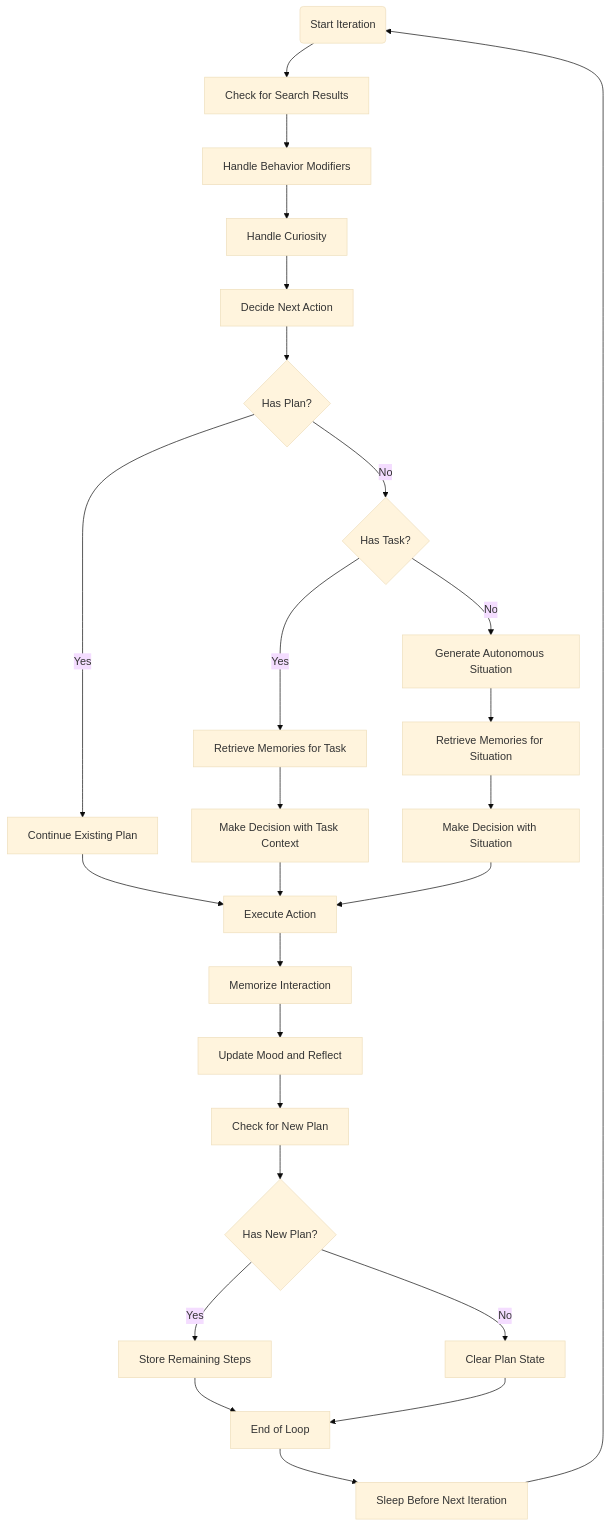
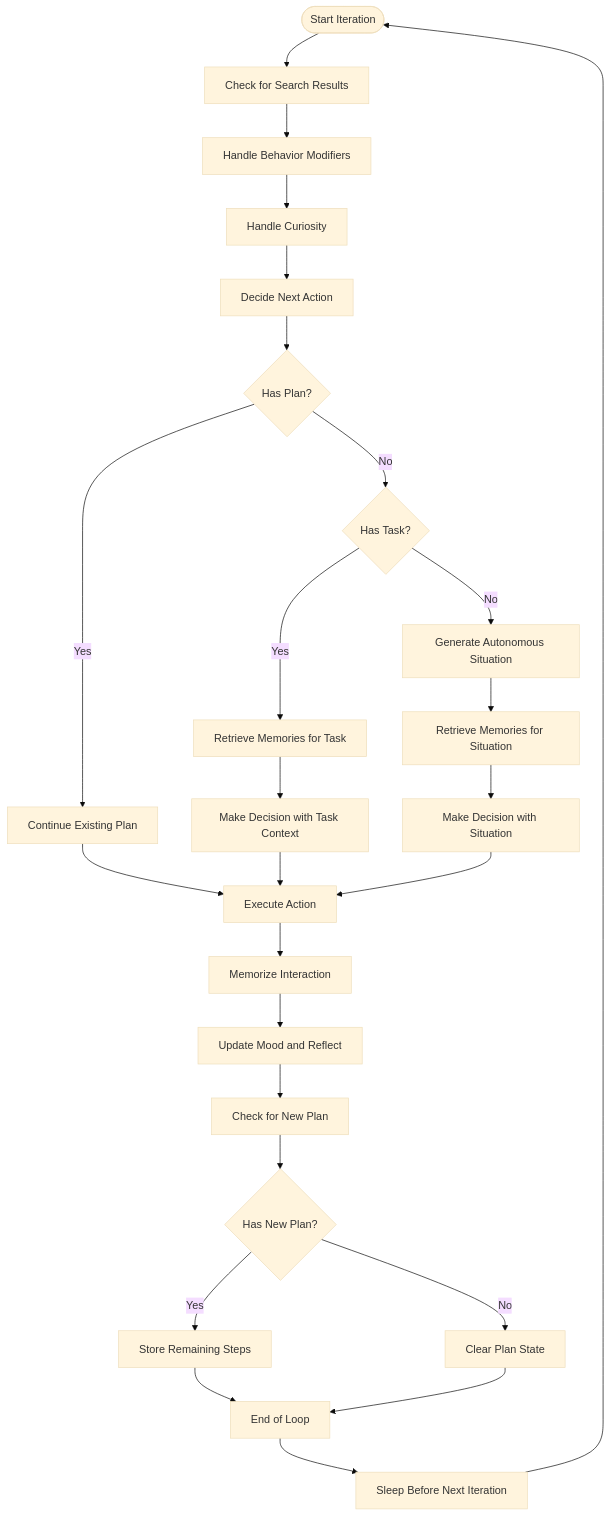
The fourth of 17 diagrams in docs/Core System/AGISystem Orchestration.md (Likhithsai2580/RAVANA-WIKI), drawn with Mermaid (base theme) before and after one commit. The commit also changed other lines of this file and 78 other files, not shown here.

````diff
--- a/docs/Core System/AGISystem Orchestration.md
+++ b/docs/Core System/AGISystem Orchestration.md
@@ -308,29 +305,28 @@
 ```mermaid
 flowchart TD
-Start("Start Iteration") --> CheckResults["Check for Search Results"]
+Start([Start Iteration]) --> CheckResults["Check for Search Results"]
 CheckResults --> HandleModifiers["Handle Behavior Modifiers"]
 HandleModifiers --> HandleCuriosity["Handle Curiosity"]
 HandleCuriosity --> DecideNext["Decide Next Action"]
 DecideNext --> HasPlan{Has Plan?}
 HasPlan --> |Yes| ContinuePlan["Continue Existing Plan"]
 HasPlan --> |No| HasTask{Has Task?}
 HasTask --> |Yes| RetrieveMemoriesTask["Retrieve Memories for Task"]
 HasTask --> |No| GenerateSituation["Generate Autonomous Situation"]
 RetrieveMemoriesTask --> MakeDecisionTask["Make Decision with Task Context"]
 GenerateSituation --> RetrieveMemoriesAuto["Retrieve Memories for Situation"]
 RetrieveMemoriesAuto --> MakeDecisionAuto["Make Decision with Situation"]
 ContinuePlan --> ExecuteAction["Execute Action"]
 MakeDecisionTask --> ExecuteAction
 MakeDecisionAuto --> ExecuteAction
 ExecuteAction --> Memorize["Memorize Interaction"]
 Memorize --> UpdateMood["Update Mood and Reflect"]
 UpdateMood --> CheckPlan["Check for New Plan"]
 CheckPlan --> HasNewPlan{Has New Plan?}
 HasNewPlan --> |Yes| StorePlan["Store Remaining Steps"]
 HasNewPlan --> |No| ClearPlan["Clear Plan State"]
 StorePlan --> EndLoop["End of Loop"]
 ClearPlan --> EndLoop
 EndLoop --> Sleep["Sleep Before Next Iteration"]
 Sleep --> Start
-
 ```
````
